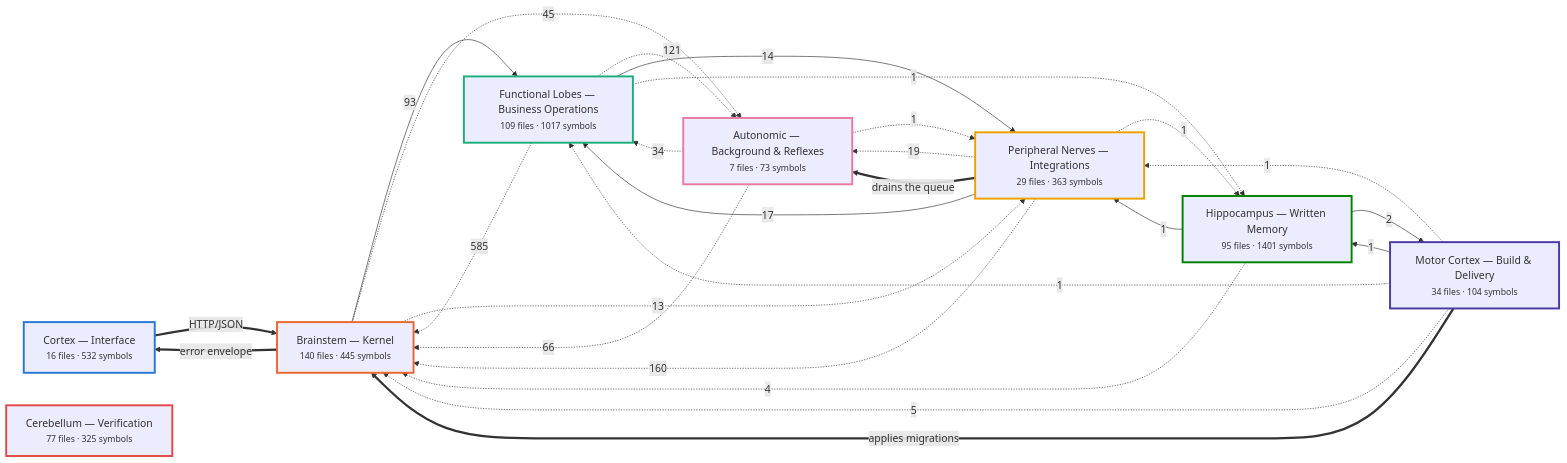
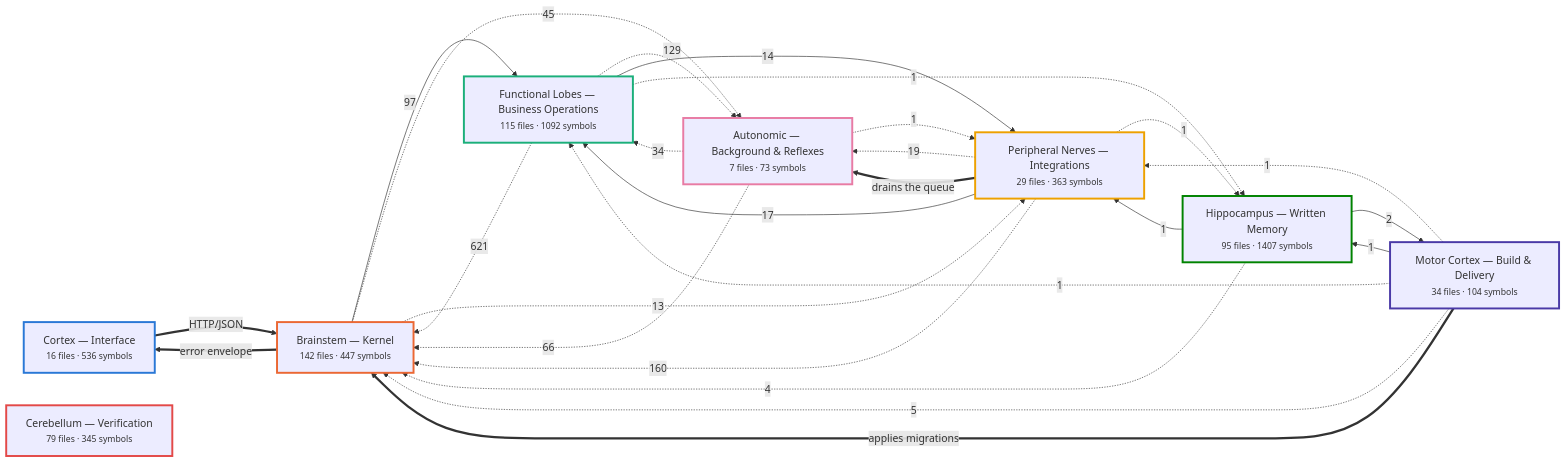
Before and after one commit to Vishalnayak226/custom_erp: the first of 7 diagrams in docs/brain/BRAIN.md, drawn with Mermaid. The commit also changed other lines of this file and 32 other files, not shown here.

````diff
--- a/docs/brain/BRAIN.md
+++ b/docs/brain/BRAIN.md
@@ -35,52 +35,52 @@
 ```mermaid
 flowchart LR
-  n_cortex["Cortex — Interface<br/><small>16 files · 532 symbols</small>"]
-  n_brainstem["Brainstem — Kernel<br/><small>140 files · 445 symbols</small>"]
-  n_business["Functional Lobes — Business Operations<br/><small>109 files · 1017 symbols</small>"]
+  n_cortex["Cortex — Interface<br/><small>16 files · 536 symbols</small>"]
+  n_brainstem["Brainstem — Kernel<br/><small>142 files · 447 symbols</small>"]
+  n_business["Functional Lobes — Business Operations<br/><small>115 files · 1092 symbols</small>"]
   n_peripheral["Peripheral Nerves — Integrations<br/><small>29 files · 363 symbols</small>"]
   n_autonomic["Autonomic — Background & Reflexes<br/><small>7 files · 73 symbols</small>"]
-  n_memory["Hippocampus — Written Memory<br/><small>95 files · 1401 symbols</small>"]
+  n_memory["Hippocampus — Written Memory<br/><small>95 files · 1407 symbols</small>"]
   n_motor["Motor Cortex — Build & Delivery<br/><small>34 files · 104 symbols</small>"]
-  n_verification["Cerebellum — Verification<br/><small>77 files · 325 symbols</small>"]
-  n_business -.->|585| n_brainstem
+  n_verification["Cerebellum — Verification<br/><small>79 files · 345 symbols</small>"]
+  n_business -.->|621| n_brainstem
   n_peripheral -.->|160| n_brainstem
-  n_business -.->|121| n_autonomic
-  n_brainstem -->|93| n_business
+  n_business -.->|129| n_autonomic
+  n_brainstem -->|97| n_business
   n_autonomic -.->|66| n_brainstem
   n_brainstem -.->|45| n_autonomic
   n_autonomic -.->|34| n_business
   n_peripheral -.->|19| n_autonomic
   n_peripheral -->|17| n_business
   n_business -->|14| n_peripheral
   n_brainstem -.->|13| n_peripheral
   n_motor -.->|5| n_brainstem
   n_memory -.->|4| n_brainstem
   n_memory -->|2| n_motor
-  n_motor -->|1| n_memory
   n_peripheral -.->|1| n_memory
   n_motor -.->|1| n_business
+  n_motor -->|1| n_memory
   n_autonomic -.->|1| n_peripheral
+  n_business -.->|1| n_memory
+  n_motor -.->|1| n_peripheral
   n_memory -->|1| n_peripheral
-  n_motor -.->|1| n_peripheral
-  n_business -.->|1| n_memory
   n_brainstem ==>|error envelope| n_cortex
   n_cortex ==>|HTTP/JSON| n_brainstem
   n_motor ==>|applies migrations| n_brainstem
   n_peripheral ==>|drains the queue| n_autonomic
   classDef n_cortex stroke:#2a78d6,stroke-width:3px;
   class n_cortex n_cortex;
   classDef n_brainstem stroke:#eb6834,stroke-width:3px;
   class n_brainstem n_brainstem;
   classDef n_business stroke:#1baf7a,stroke-width:3px;
   class n_business n_business;
   classDef n_peripheral stroke:#eda100,stroke-width:3px;
   class n_peripheral n_peripheral;
   classDef n_autonomic stroke:#e87ba4,stroke-width:3px;
   class n_autonomic n_autonomic;
   classDef n_memory stroke:#008300,stroke-width:3px;
   class n_memory n_memory;
   classDef n_motor stroke:#4a3aa7,stroke-width:3px;
   class n_motor n_motor;
   classDef n_verification stroke:#e34948,stroke-width:3px;
   class n_verification n_verification;
 ```
````
